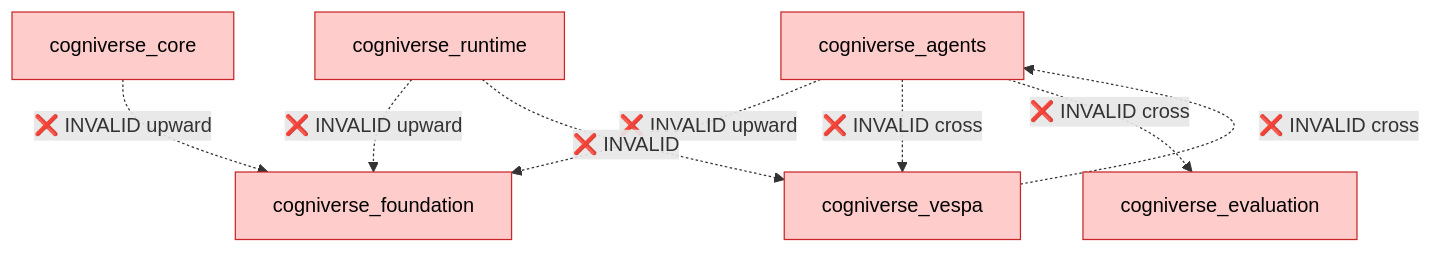
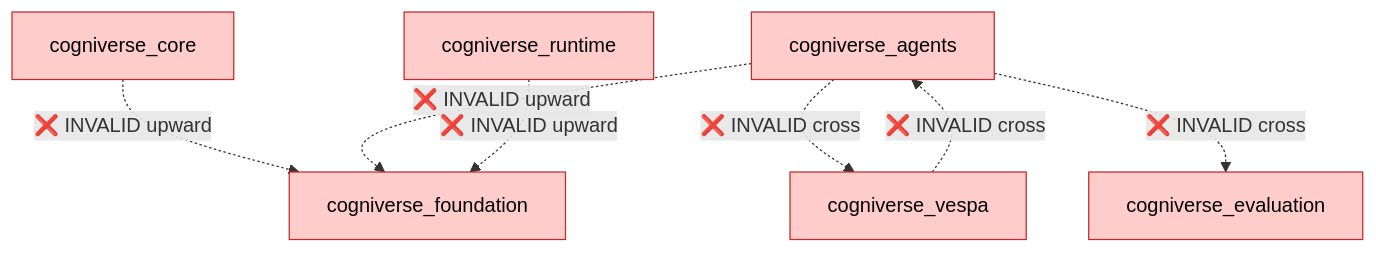
Diagram 13 of 17 in docs/diagrams/sdk-architecture-diagrams.md (amit-jain/cogniverse), drawn with Mermaid before and after one commit. The commit also changed 30 other files, not shown here.

````diff
--- a/docs/diagrams/sdk-architecture-diagrams.md
+++ b/docs/diagrams/sdk-architecture-diagrams.md
@@ -665,29 +665,28 @@
 ```mermaid
 flowchart TB
     Foundation["<span style='color:#000'>cogniverse_foundation</span>"]
     Core["<span style='color:#000'>cogniverse_core</span>"]
     Evaluation["<span style='color:#000'>cogniverse_evaluation</span>"]
     Agents["<span style='color:#000'>cogniverse_agents</span>"]
     Vespa["<span style='color:#000'>cogniverse_vespa</span>"]
     Runtime["<span style='color:#000'>cogniverse_runtime</span>"]
 
     %% Invalid upward dependencies
     Core -.->|❌ INVALID upward| Foundation
     Agents -.->|❌ INVALID upward| Foundation
     Runtime -.->|❌ INVALID upward| Foundation
 
     %% Invalid cross-layer dependencies
     Agents -.->|❌ INVALID cross| Vespa
     Vespa -.->|❌ INVALID cross| Agents
     Agents -.->|❌ INVALID cross| Evaluation
 
-    %% Invalid application to implementation
-    Runtime -.->|❌ INVALID| Vespa
+    %% Note: Runtime→Vespa is VALID (application depends on implementation via optional extras)
 
     style Foundation fill:#ffcccc,stroke:#c62828,color:#000
     style Core fill:#ffcccc,stroke:#c62828,color:#000
     style Evaluation fill:#ffcccc,stroke:#c62828,color:#000
     style Agents fill:#ffcccc,stroke:#c62828,color:#000
     style Vespa fill:#ffcccc,stroke:#c62828,color:#000
     style Runtime fill:#ffcccc,stroke:#c62828,color:#000
 ```
````
